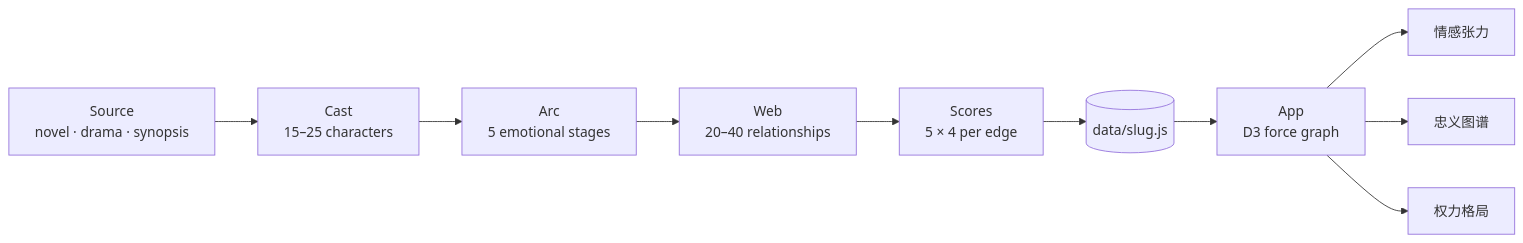
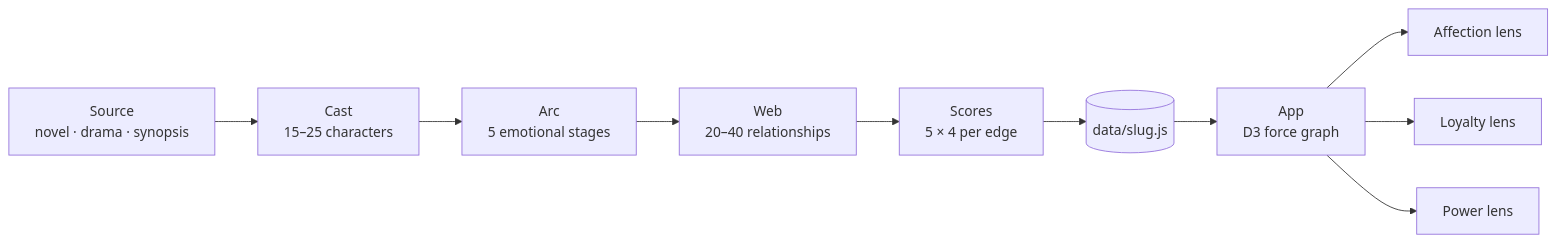
The diagram in README.md (yanliudesign/tension-map), drawn with Mermaid before and after one commit. The commit also changed other lines of this file and 1 other file, not shown here.

````diff
--- a/README.md
+++ b/README.md
@@ -162,12 +166,12 @@
 ```mermaid
 flowchart LR
   A[Source<br/>novel · drama · synopsis] --> B[Cast<br/>15–25 characters]
   B --> C[Arc<br/>5 emotional stages]
   C --> D[Web<br/>20–40 relationships]
   D --> E[Scores<br/>5 × 4 per edge]
   E --> F[(data/slug.js)]
   F --> G[App<br/>D3 force graph]
-  G --> M1[情感张力]
-  G --> M2[忠义图谱]
-  G --> M3[权力格局]
+  G --> M1[Affection lens]
+  G --> M2[Loyalty lens]
+  G --> M3[Power lens]
 ```
````
